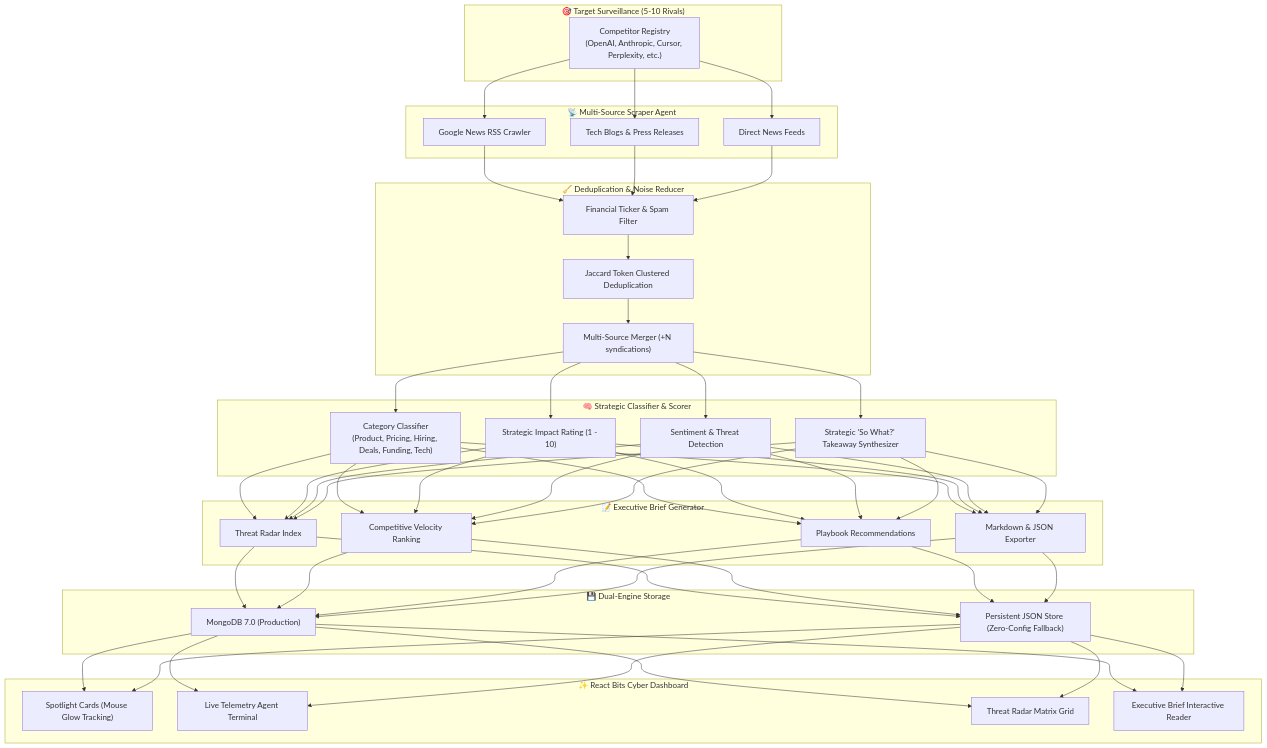
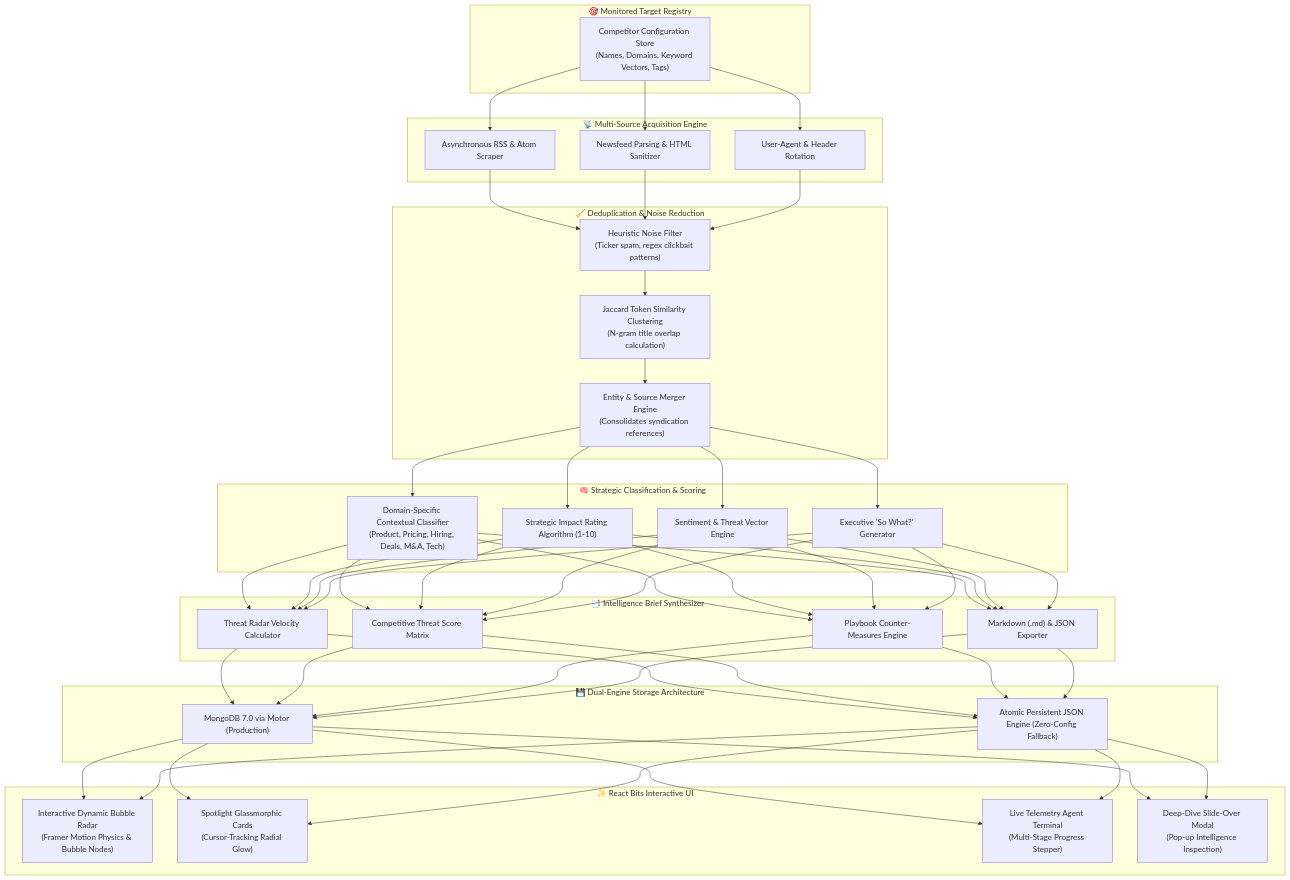
Before and after one commit to Sprinkled-cpu/ai-competitor-watch: the diagram in README.md, drawn with Mermaid. The commit also changed other lines of this file and 5 other files, not shown here.

Commit message:
feat: interactive threat bubbles, pop-up detail inspection, and dual layman/technical README

````diff
--- a/README.md
+++ b/README.md
@@ -17,52 +41,52 @@
 ```mermaid
 flowchart TD
-    subgraph TargetManagement["🎯 Target Surveillance (5-10 Rivals)"]
-        A["Competitor Registry<br/>(OpenAI, Anthropic, Cursor, Perplexity, etc.)"]
+    subgraph Targets["🎯 Monitored Target Registry"]
+        A["Competitor Configuration Store<br/>(Names, Domains, Keyword Vectors, Tags)"]
     end
 
-    subgraph AcquisitionEngine["📡 Multi-Source Scraper Agent"]
-        B["Google News RSS Crawler"]
-        C["Tech Blogs & Press Releases"]
-        D["Direct News Feeds"]
+    subgraph CrawlerEngine["📡 Multi-Source Acquisition Engine"]
+        B["Asynchronous RSS & Atom Scraper"]
+        C["Newsfeed Parsing & HTML Sanitizer"]
+        D["User-Agent & Header Rotation"]
     end
 
-    subgraph FiltrationPipeline["🧹 Deduplication & Noise Reducer"]
-        E["Financial Ticker & Spam Filter"]
-        F["Jaccard Token Clustered Deduplication"]
-        G["Multi-Source Merger (+N syndications)"]
+    subgraph CleaningLayer["🧹 Deduplication & Noise Reduction"]
+        E["Heuristic Noise Filter<br/>(Ticker spam, regex clickbait patterns)"]
+        F["Jaccard Token Similarity Clustering<br/>(N-gram title overlap calculation)"]
+        G["Entity & Source Merger Engine<br/>(Consolidates syndication references)"]
     end
 
-    subgraph IntelligenceEnrichment["🧠 Strategic Classifier & Scorer"]
-        H["Category Classifier<br/>(Product, Pricing, Hiring, Deals, Funding, Tech)"]
-        I["Strategic Impact Rating (1 - 10)"]
-        J["Sentiment & Threat Detection"]
-        K["Strategic 'So What?' Takeaway Synthesizer"]
+    subgraph NLPClassification["🧠 Strategic Classification & Scoring"]
+        H["Domain-Specific Contextual Classifier<br/>(Product, Pricing, Hiring, Deals, M&A, Tech)"]
+        I["Strategic Impact Rating Algorithm (1-10)"]
+        J["Sentiment & Threat Vector Engine"]
+        K["Executive 'So What?' Generator"]
     end
 
-    subgraph SynthesisEngine["📝 Executive Brief Generator"]
-        L["Threat Radar Index"]
-        M["Competitive Velocity Ranking"]
-        N["Playbook Recommendations"]
-        O["Markdown & JSON Exporter"]
+    subgraph ExecutiveSynthesis["📑 Intelligence Brief Synthesizer"]
+        L["Threat Radar Velocity Calculator"]
+        M["Competitive Threat Score Matrix"]
+        N["Playbook Counter-Measures Engine"]
+        O["Markdown (.md) & JSON Exporter"]
     end
 
-    subgraph PersistenceLayer["💾 Dual-Engine Storage"]
-        P["MongoDB 7.0 (Production)"]
-        Q["Persistent JSON Store (Zero-Config Fallback)"]
+    subgraph Persistence["💾 Dual-Engine Storage Architecture"]
+        P["MongoDB 7.0 via Motor (Production)"]
+        Q["Atomic Persistent JSON Engine (Zero-Config Fallback)"]
     end
 
-    subgraph ReactBitsUI["✨ React Bits Cyber Dashboard"]
-        R["Spotlight Cards (Mouse Glow Tracking)"]
-        S["Live Telemetry Agent Terminal"]
-        T["Threat Radar Matrix Grid"]
-        U["Executive Brief Interactive Reader"]
+    subgraph ReactBitsFrontend["✨ React Bits Interactive UI"]
+        R["Interactive Dynamic Bubble Radar<br/>(Framer Motion Physics & Bubble Nodes)"]
+        S["Spotlight Glassmorphic Cards<br/>(Cursor-Tracking Radial Glow)"]
+        T["Live Telemetry Agent Terminal<br/>(Multi-Stage Progress Stepper)"]
+        U["Deep-Dive Slide-Over Modal<br/>(Pop-up Intelligence Inspection)"]
     end
 
     A --> B & C & D
     B & C & D --> E
     E --> F --> G
     G --> H & I & J & K
     H & I & J & K --> L & M & N & O
     L & M & N & O --> P & Q
     P & Q --> R & S & T & U
 ```
````
